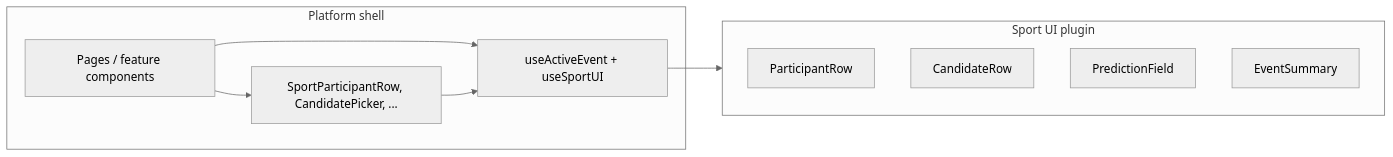
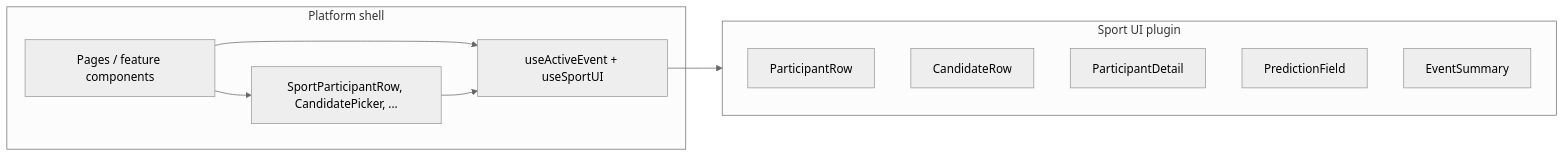
One commit to MagRelo/cut changed the diagram in spec/client/sport-ui-plugins.md. Above: the diagram before and after it, drawn with Mermaid (neutral theme). The commit also changed other lines of this file and 9 other files, not shown here.

First line of the commit message:
Refactor platform architecture and enhance sport-specific components

````diff
--- a/spec/client/sport-ui-plugins.md
+++ b/spec/client/sport-ui-plugins.md
@@ -11,18 +11,19 @@
 ```mermaid
 flowchart LR
   subgraph platform [Platform shell]
     Page[Pages / feature components]
     Hook[useActiveEvent + useSportUI]
     Shell[SportParticipantRow, CandidatePicker, ...]
   end
   subgraph plugin [Sport UI plugin]
     PR[ParticipantRow]
     CR[CandidateRow]
+    PD[ParticipantDetail]
     PF[PredictionField]
     ES[EventSummary]
   end
   Page --> Hook
   Page --> Shell
   Shell --> Hook
   Hook --> plugin
 ```
````
